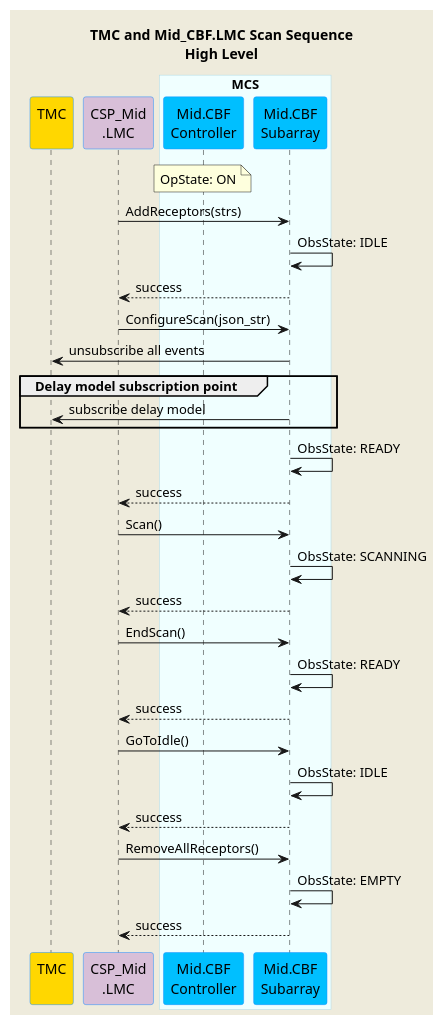
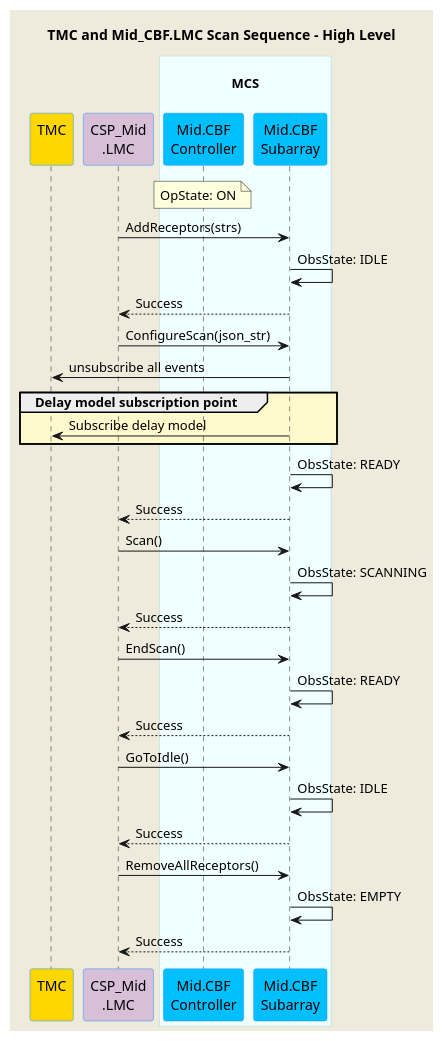
Before and after one commit to ska-telescope/mid-cbf-mcs: the diagram in docs/src/diagrams/mid-cbf-scan-ops.puml, drawn with PlantUML. The commit also changed 8 other files, not shown here.

```diff
--- a/docs/src/diagrams/mid-cbf-scan-ops.puml
+++ b/docs/src/diagrams/mid-cbf-scan-ops.puml
@@ -1,66 +1,66 @@
 @startuml
 'https://plantuml.com/sequence-diagram
 
 skinparam backgroundColor #EEEBDC
 skinparam sequence {
 ParticipantBorderColor DodgerBlue
 ParticipantBackgroundColor DeepSkyBlue
 ActorBorderColor DarkGreen
 ActorBackgroundColor Green
 BoxBorderColor LightBlue
 BoxBackgroundColor #F0FFFF
 }
 
-title TMC and Mid_CBF.LMC Scan Sequence\nHigh Level
+title TMC and Mid_CBF.LMC Scan Sequence - High Level
 
 participant "TMC\n" as tmc #Gold
 participant "CSP_Mid\n.LMC" as lmc #Thistle
 
-box "MCS"
+box "\nMCS\n"
 participant "Mid.CBF\nController" as controller
 participant "Mid.CBF\nSubarray" as subarray
 end box
 
 note over controller        : OpState: ON
 lmc         -> subarray     : AddReceptors(strs)
 subarray    -> subarray     : ObsState: IDLE
-subarray   --> lmc          : success
+subarray   --> lmc          : Success
 lmc         -> subarray     : ConfigureScan(json_str)
 subarray    -> tmc          : unsubscribe all events
 
-group Delay model subscription point
-subarray    -> tmc          : subscribe delay model
+group #LemonChiffon Delay model subscription point
+subarray    -> tmc          : Subscribe delay model
 end group
 
 ' group Doppler subscription point
 ' subarray    -> tmc          : subscribe Doppler phase correction
 ' end group
 
 ' group Jones matrix subscription point
 ' subarray    -> tmc          : subscribe Jones matrix
 ' end group
 
 ' group Timing beam subscription point
 ' subarray    -> tmc          : subscribe timing beam weights
 ' end group
 
 subarray    -> subarray     : ObsState: READY
-subarray   --> lmc          : success
+subarray   --> lmc          : Success
 
 lmc         -> subarray     : Scan()
 subarray    -> subarray     : ObsState: SCANNING
-subarray   --> lmc          : success
+subarray   --> lmc          : Success
 
 lmc         -> subarray     : EndScan()
 subarray    -> subarray     : ObsState: READY
-subarray   --> lmc          : success
+subarray   --> lmc          : Success
 
 lmc         -> subarray     : GoToIdle()
 subarray    -> subarray     : ObsState: IDLE
-subarray   --> lmc          : success
+subarray   --> lmc          : Success
 
 lmc         -> subarray     : RemoveAllReceptors()
 subarray    -> subarray     : ObsState: EMPTY
-subarray   --> lmc          : success
+subarray   --> lmc          : Success
 
 @enduml
```
